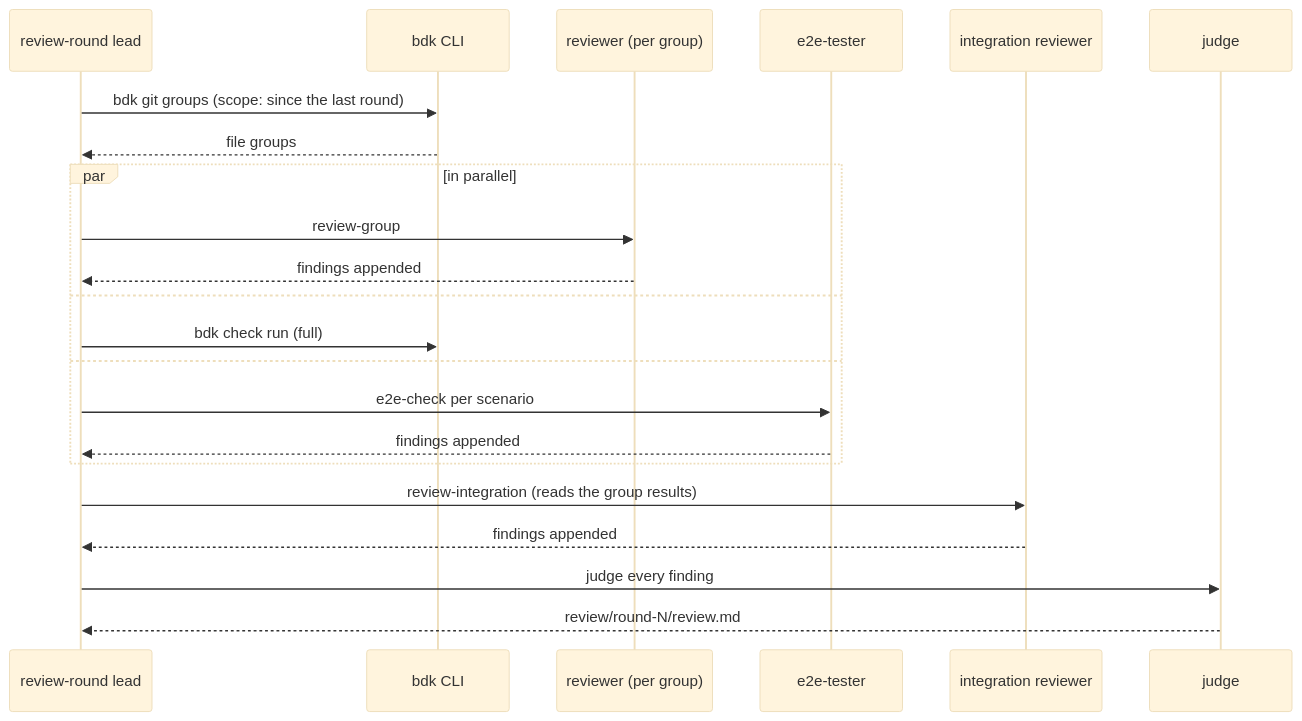
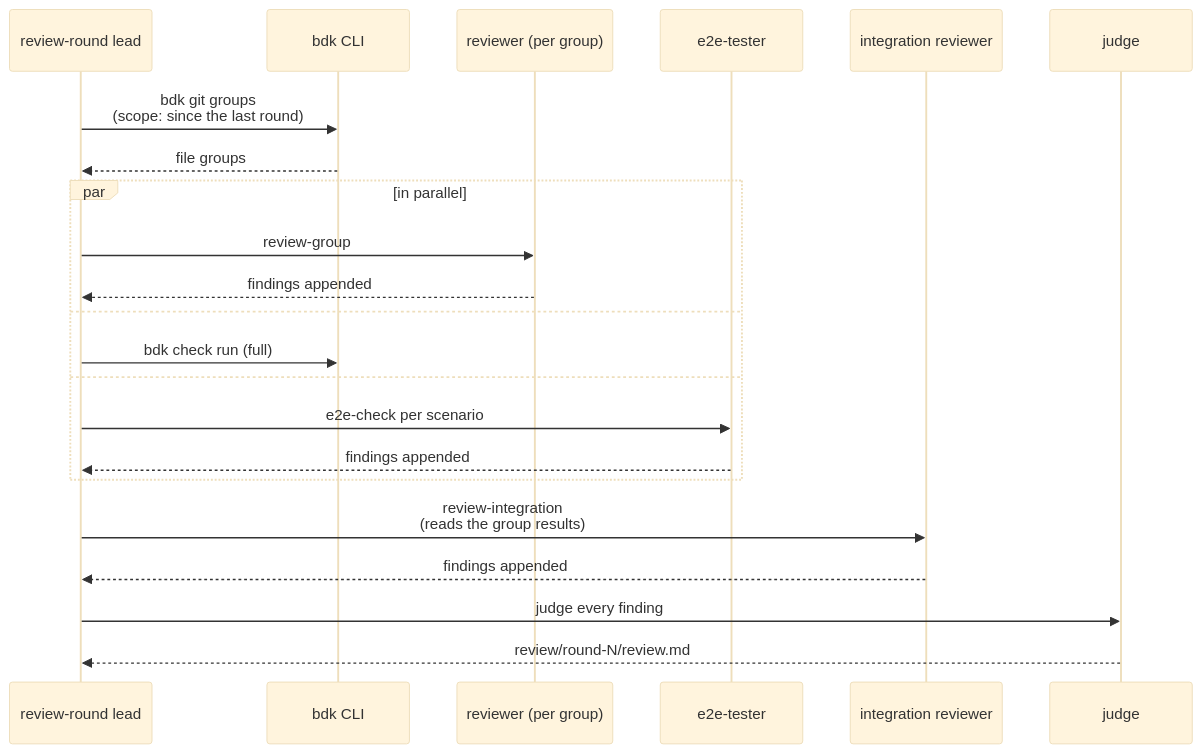
The tenth of 12 diagrams in docs/design/2026-10-07-v3-architecture.md (broneq/bdk), drawn with Mermaid (base theme) before and after one commit. The commit also changed other lines of this file and 10 other files, not shown here.

First line of the commit message:
fix(docs): keep sequence diagram names whole

````diff
--- a/docs/design/2026-10-07-v3-architecture.md
+++ b/docs/design/2026-10-07-v3-architecture.md
@@ -395,24 +395,24 @@
 ```mermaid
 sequenceDiagram
   participant L as review-round lead
   participant C as bdk CLI
   participant R as reviewer (per group)
   participant E as e2e-tester
   participant I as integration reviewer
   participant J as judge
-  L->>C: bdk git groups (scope: since the last round)
+  L->>C: bdk git groups<br/>(scope: since the last round)
   C-->>L: file groups
   par in parallel
     L->>R: review-group
     R-->>L: findings appended
   and
     L->>C: bdk check run (full)
   and
     L->>E: e2e-check per scenario
     E-->>L: findings appended
   end
-  L->>I: review-integration (reads the group results)
+  L->>I: review-integration<br/>(reads the group results)
   I-->>L: findings appended
   L->>J: judge every finding
   J-->>L: review/round-N/review.md
 ```
````
